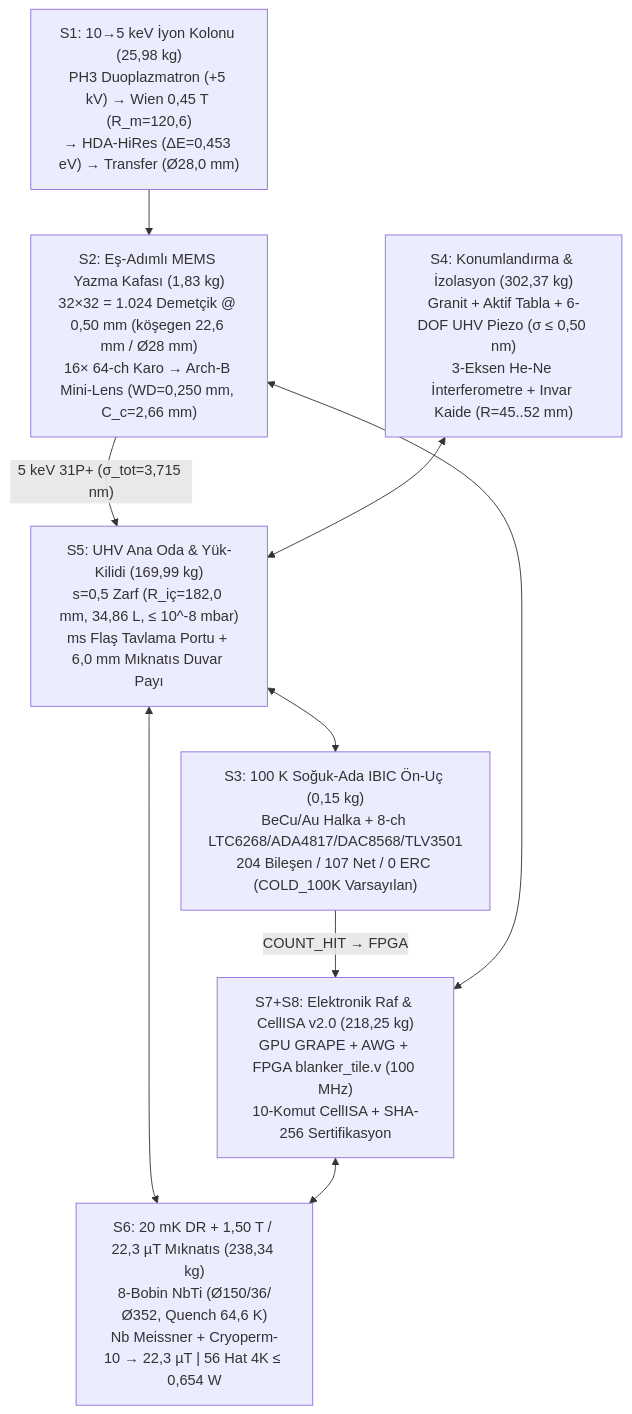
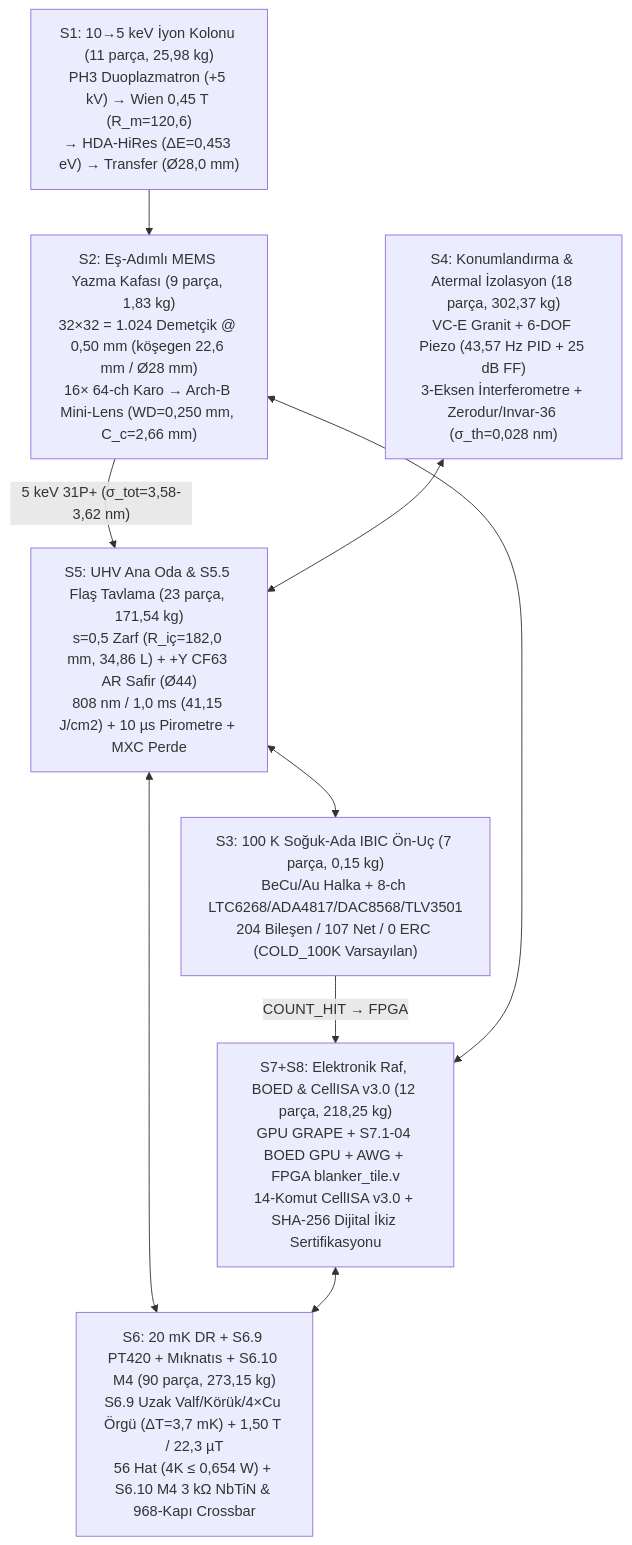
The second of 3 diagrams in README.md (berkmec/Atom-Lithography), drawn with Mermaid before and after one commit. The commit also changed other lines of this file and 143 other files, not shown here.

Commit message:
Atom Lithography Machine v4.0: VOKL-6 (Exp129), ms flash anneal (Exp130), M4 cQED bus (Exp131), BOED + CellISA v3.0 (Exp132), PT420 active vibration (Exp133), Fab TCO (Exp134), Digital Twin (Exp135), CAD/BOM v4.0

````diff
--- a/README.md
+++ b/README.md
@@ -53,19 +54,19 @@
 ```mermaid
 flowchart TD
-    S1["S1: 10→5 keV İyon Kolonu (25,98 kg)<br/>PH3 Duoplazmatron (+5 kV) → Wien 0,45 T (R_m=120,6)<br/>→ HDA-HiRes (ΔE=0,453 eV) → Transfer (Ø28,0 mm)"]
-    S2["S2: Eş-Adımlı MEMS Yazma Kafası (1,83 kg)<br/>32×32 = 1.024 Demetçik @ 0,50 mm (köşegen 22,6 mm / Ø28 mm)<br/>16× 64-ch Karo → Arch-B Mini-Lens (WD=0,250 mm, C_c=2,66 mm)"]
-    S3["S3: 100 K Soğuk-Ada IBIC Ön-Uç (0,15 kg)<br/>BeCu/Au Halka + 8-ch LTC6268/ADA4817/DAC8568/TLV3501<br/>204 Bileşen / 107 Net / 0 ERC (COLD_100K Varsayılan)"]
-    S4["S4: Konumlandırma & İzolasyon (302,37 kg)<br/>Granit + Aktif Tabla + 6-DOF UHV Piezo (σ ≤ 0,50 nm)<br/>3-Eksen He-Ne İnterferometre + Invar Kaide (R=45..52 mm)"]
-    S5["S5: UHV Ana Oda & Yük-Kilidi (169,99 kg)<br/>s=0,5 Zarf (R_iç=182,0 mm, 34,86 L, ≤ 10^-8 mbar)<br/>ms Flaş Tavlama Portu + 6,0 mm Mıknatıs Duvar Payı"]
-    S6["S6: 20 mK DR + 1,50 T / 22,3 µT Mıknatıs (238,34 kg)<br/>8-Bobin NbTi (Ø150/36/Ø352, Quench 64,6 K)<br/>Nb Meissner + Cryoperm-10 → 22,3 µT | 56 Hat 4K ≤ 0,654 W"]
-    S7["S7+S8: Elektronik Raf & CellISA v2.0 (218,25 kg)<br/>GPU GRAPE + AWG + FPGA blanker_tile.v (100 MHz)<br/>10-Komut CellISA + SHA-256 Sertifikasyon"]
+    S1["S1: 10→5 keV İyon Kolonu (11 parça, 25,98 kg)<br/>PH3 Duoplazmatron (+5 kV) → Wien 0,45 T (R_m=120,6)<br/>→ HDA-HiRes (ΔE=0,453 eV) → Transfer (Ø28,0 mm)"]
+    S2["S2: Eş-Adımlı MEMS Yazma Kafası (9 parça, 1,83 kg)<br/>32×32 = 1.024 Demetçik @ 0,50 mm (köşegen 22,6 mm / Ø28 mm)<br/>16× 64-ch Karo → Arch-B Mini-Lens (WD=0,250 mm, C_c=2,66 mm)"]
+    S3["S3: 100 K Soğuk-Ada IBIC Ön-Uç (7 parça, 0,15 kg)<br/>BeCu/Au Halka + 8-ch LTC6268/ADA4817/DAC8568/TLV3501<br/>204 Bileşen / 107 Net / 0 ERC (COLD_100K Varsayılan)"]
+    S4["S4: Konumlandırma & Atermal İzolasyon (18 parça, 302,37 kg)<br/>VC-E Granit + 6-DOF Piezo (43,57 Hz PID + 25 dB FF)<br/>3-Eksen İnterferometre + Zerodur/Invar-36 (σ_th=0,028 nm)"]
+    S5["S5: UHV Ana Oda & S5.5 Flaş Tavlama (23 parça, 171,54 kg)<br/>s=0,5 Zarf (R_iç=182,0 mm, 34,86 L) + +Y CF63 AR Safir (Ø44)<br/>808 nm / 1,0 ms (41,15 J/cm2) + 10 µs Pirometre + MXC Perde"]
+    S6["S6: 20 mK DR + S6.9 PT420 + Mıknatıs + S6.10 M4 (90 parça, 273,15 kg)<br/>S6.9 Uzak Valf/Körük/4×Cu Örgü (ΔT=3,7 mK) + 1,50 T / 22,3 µT<br/>56 Hat (4K ≤ 0,654 W) + S6.10 M4 3 kΩ NbTiN & 968-Kapı Crossbar"]
+    S7["S7+S8: Elektronik Raf, BOED & CellISA v3.0 (12 parça, 218,25 kg)<br/>GPU GRAPE + S7.1-04 BOED GPU + AWG + FPGA blanker_tile.v<br/>14-Komut CellISA v3.0 + SHA-256 Dijital İkiz Sertifikasyonu"]
 
     S1 --> S2
-    S2 -->|"5 keV 31P+ (σ_tot=3,715 nm)"| S5
+    S2 -->|"5 keV 31P+ (σ_tot=3,58-3,62 nm)"| S5
     S3 -->|"COUNT_HIT → FPGA"| S7
     S5 <--> S3
     S4 <--> S5
     S5 <--> S6
     S7 <--> S2
     S7 <--> S6
 ```
````
